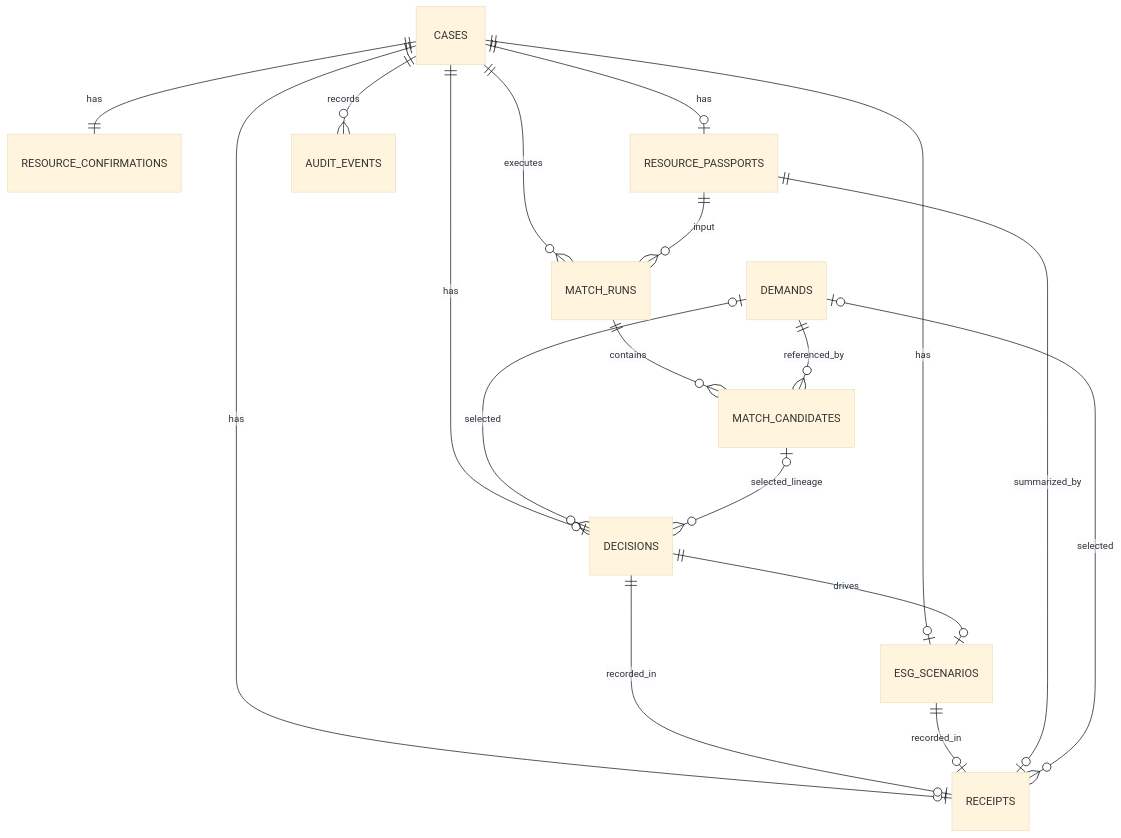
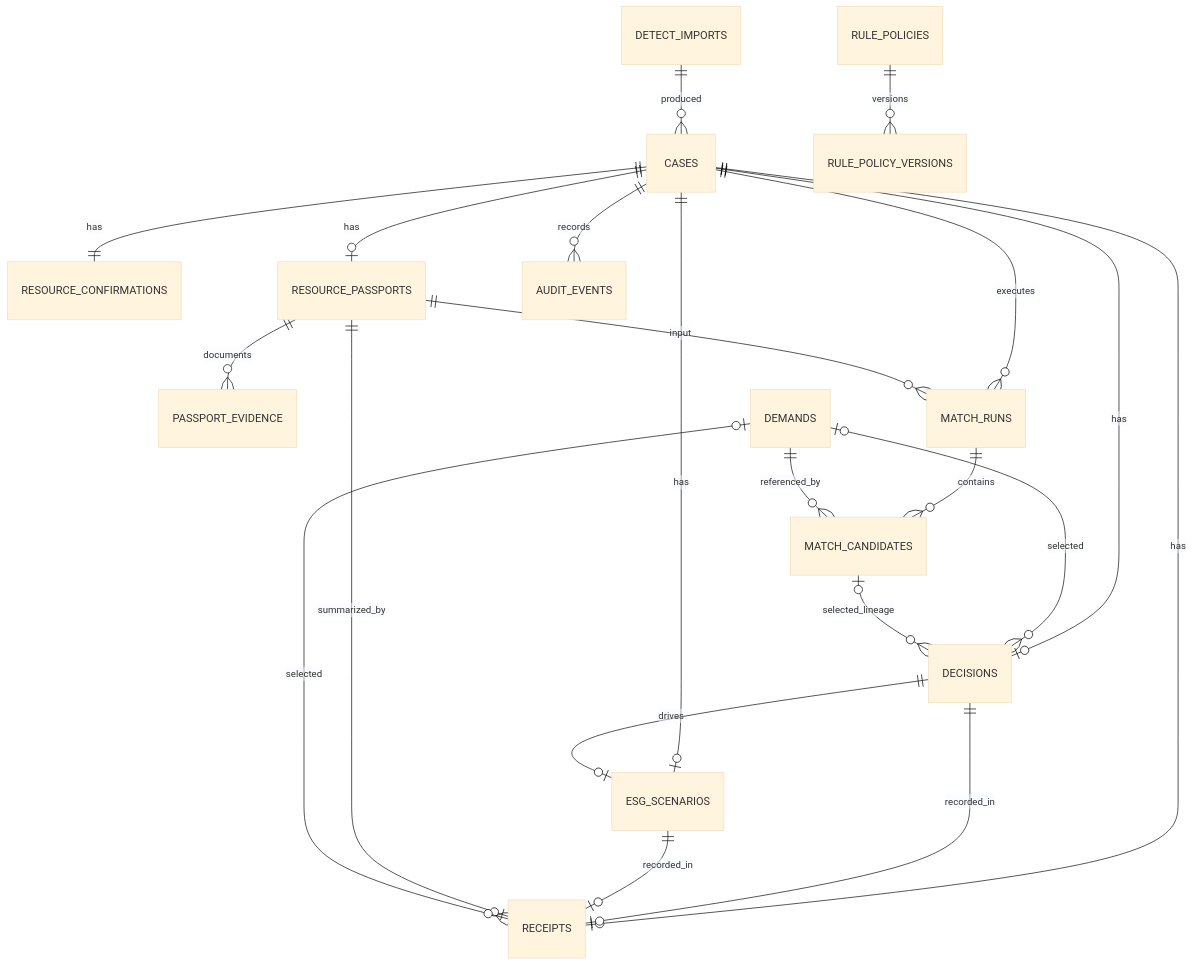
One commit to wowuwewn/greenfab-loop changed the diagram in docs/backend-schema.md. Above: the diagram before and after it, drawn with Mermaid (base theme). The commit also changed other lines of this file and 34 other files, not shown here.

````diff
--- a/docs/backend-schema.md
+++ b/docs/backend-schema.md
@@ -15,20 +15,23 @@
 ```mermaid
 erDiagram
+    DETECT_IMPORTS ||--o{ CASES : produced
     CASES ||--|| RESOURCE_CONFIRMATIONS : has
     CASES ||--o| RESOURCE_PASSPORTS : has
+    RESOURCE_PASSPORTS ||--o{ PASSPORT_EVIDENCE : documents
     CASES ||--o{ MATCH_RUNS : executes
     RESOURCE_PASSPORTS ||--o{ MATCH_RUNS : input
     MATCH_RUNS ||--o{ MATCH_CANDIDATES : contains
     DEMANDS ||--o{ MATCH_CANDIDATES : referenced_by
     CASES ||--o| DECISIONS : has
     DEMANDS o|--o{ DECISIONS : selected
     MATCH_CANDIDATES o|--o{ DECISIONS : selected_lineage
     CASES ||--o| ESG_SCENARIOS : has
     DECISIONS ||--o| ESG_SCENARIOS : drives
     CASES ||--o| RECEIPTS : has
     DECISIONS ||--o| RECEIPTS : recorded_in
     ESG_SCENARIOS ||--o| RECEIPTS : recorded_in
     RESOURCE_PASSPORTS ||--o| RECEIPTS : summarized_by
     DEMANDS o|--o{ RECEIPTS : selected
     CASES ||--o{ AUDIT_EVENTS : records
+    RULE_POLICIES ||--o{ RULE_POLICY_VERSIONS : versions
 ```
````
